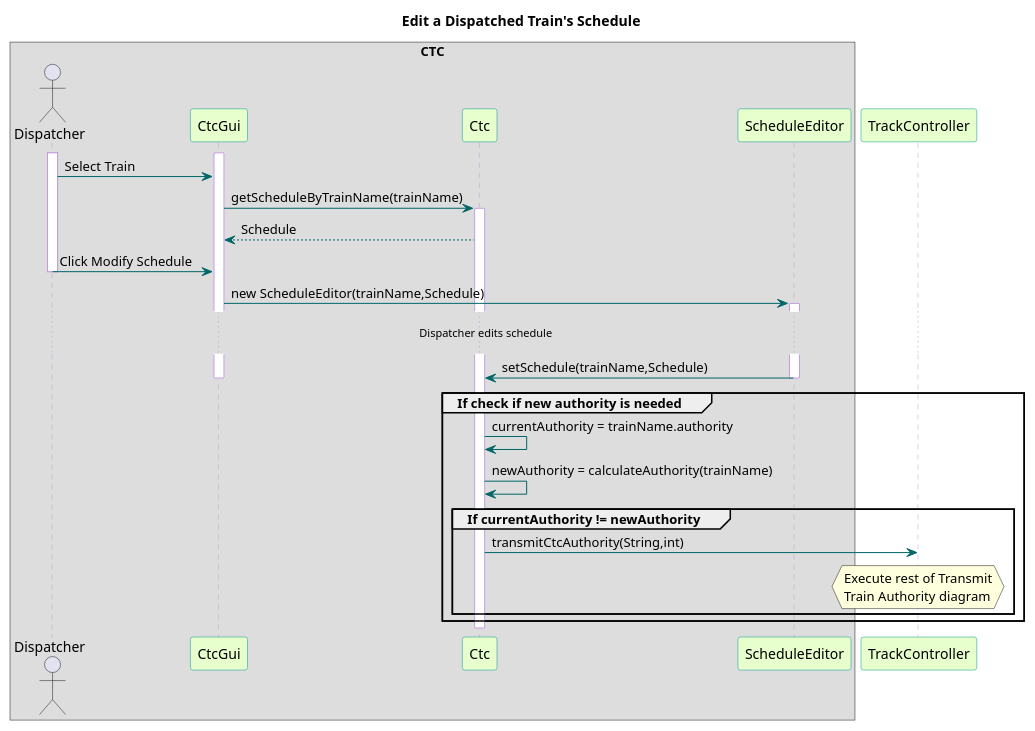
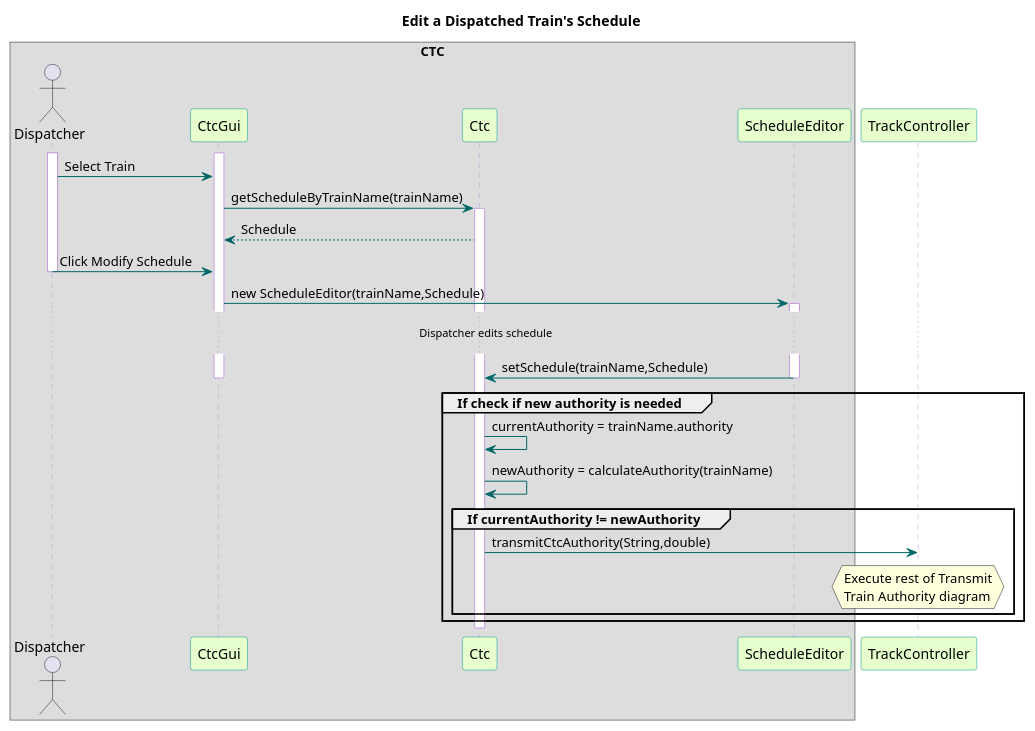
One commit to kevingilboy/COE1186 changed the diagram in TrainSystem/yUML/Sequence Diagrams/Ctc/CtcEditSchedule.pu. Above: the diagram before and after it, drawn with PlantUML.

Commit message:
Authority is a double lol

```diff
--- a/TrainSystem/yUML/Sequence Diagrams/Ctc/CtcEditSchedule.pu
+++ b/TrainSystem/yUML/Sequence Diagrams/Ctc/CtcEditSchedule.pu
@@ -1,45 +1,45 @@
 @startuml
 
 title Edit a Dispatched Train's Schedule
 
 skinparam sequence {
   BackgroundColor transparent
   ParticipantBackgroundColor #e6ffcc
   ParticipantBorderColor 	#049595
   PackageBorderCOlor  #049595
   ArrowColor #006666
   LifeLineBorderColor #c09cd9
 }
 
 box "CTC"
 actor Dispatcher
 participant CtcGui
 participant Ctc
 participant ScheduleEditor
 end box
 participant TrackController
 
 activate Dispatcher
 activate CtcGui
 Dispatcher -> CtcGui : Select Train
 CtcGui -> Ctc : getScheduleByTrainName(trainName)
 activate Ctc
 Ctc --> CtcGui : Schedule
 Dispatcher -> CtcGui : Click Modify Schedule
 deactivate Dispatcher
 CtcGui -> ScheduleEditor : new ScheduleEditor(trainName,Schedule)
 activate ScheduleEditor
 ...Dispatcher edits schedule...
 ScheduleEditor -> Ctc : setSchedule(trainName,Schedule)
 deactivate ScheduleEditor
 deactivate CtcGui
 group If check if new authority is needed
 Ctc -> Ctc : currentAuthority = trainName.authority
 Ctc -> Ctc : newAuthority = calculateAuthority(trainName)
   group If currentAuthority != newAuthority
-  Ctc -> TrackController : transmitCtcAuthority(String,int)
+  Ctc -> TrackController : transmitCtcAuthority(String,double)
   hnote over TrackController: Execute rest of Transmit\nTrain Authority diagram
   end
 end
 deactivate Ctc
 @enduml
```
